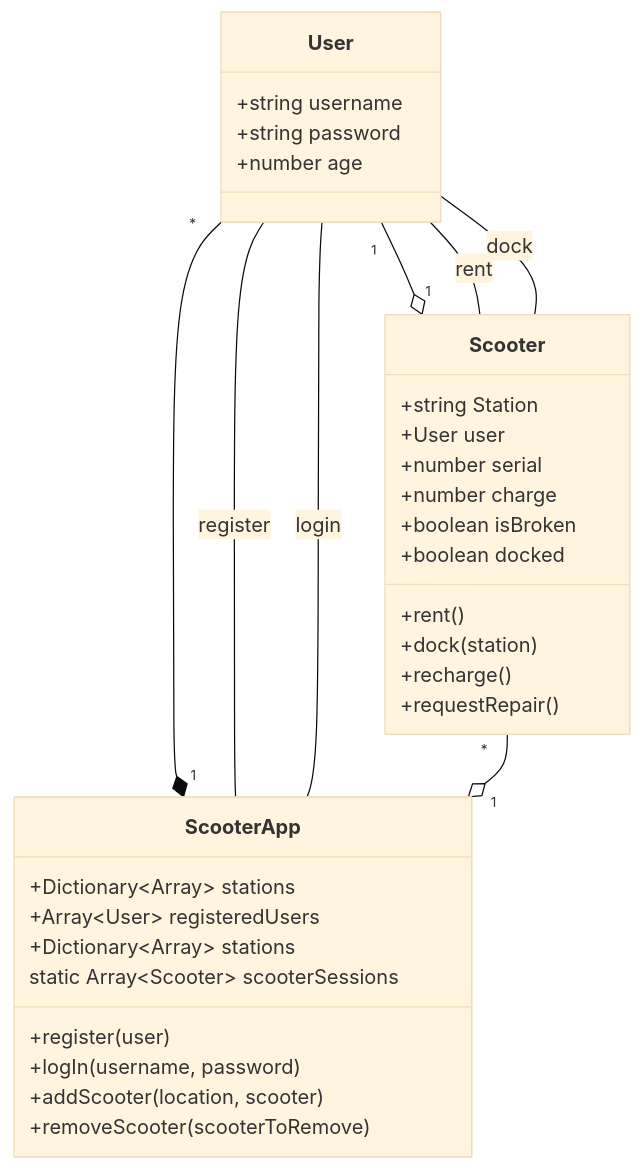
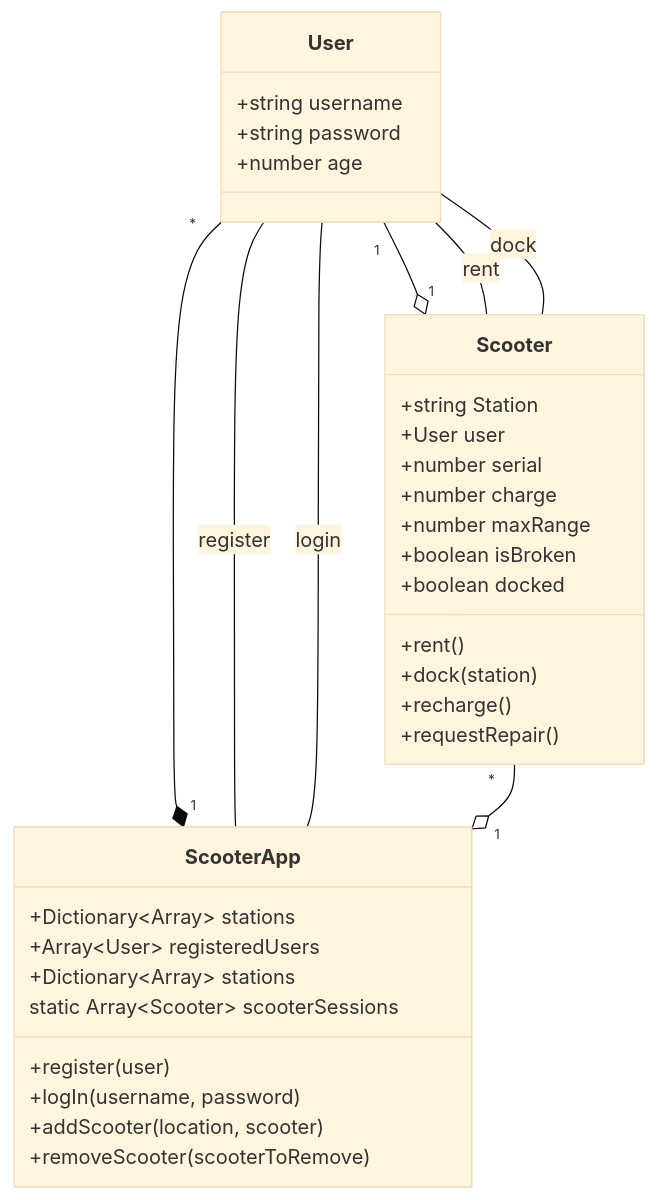
One commit to leons-sky/scooter-project changed the diagram in spec/class_diagram.mmd. Above: the diagram before and after it, drawn with Mermaid (base theme).

```diff
--- a/spec/class_diagram.mmd
+++ b/spec/class_diagram.mmd
@@ -1,38 +1,39 @@
 classDiagram
     User "1" --o "1" Scooter
     User "*" --* "1" ScooterApp
     User -- ScooterApp: register
     User -- ScooterApp: login
     Scooter "*" --o "1" ScooterApp
     User -- Scooter: rent
     User -- Scooter: dock
 
     class Scooter {
         +string Station
         +User user
         +number serial
         +number charge
+        +number maxRange
         +boolean isBroken
         +boolean docked
         +rent()
         +dock(station)
         +recharge()
         +requestRepair()
     }
 
     class User {
         +string username
         +string password
         +number age
     }
 
     class ScooterApp {
         +Dictionary~Array~ stations
         +Array~User~ registeredUsers
         +Dictionary~Array~ stations
         static Array~Scooter~ scooterSessions
         +register(user)
         +logIn(username, password)
         +addScooter(location, scooter)
         +removeScooter(scooterToRemove)
     }
```
